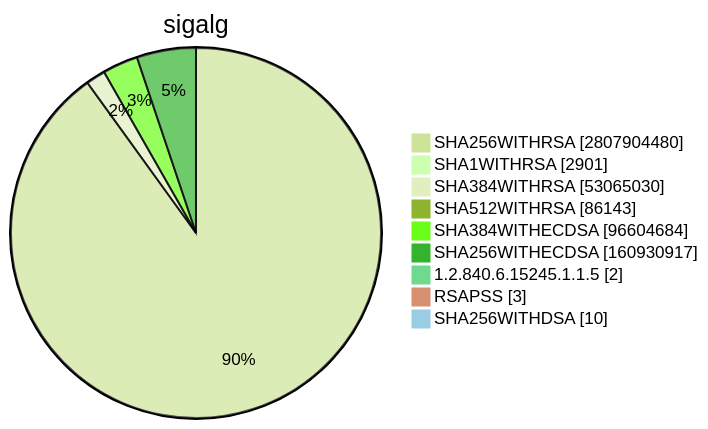
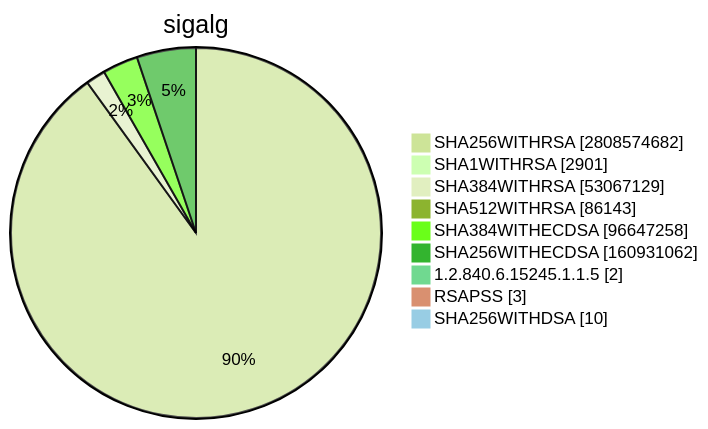
Diagram 15 of 15 in TOTAL/README.md (christiankrug/ctmonitor_visualization), drawn with Mermaid (forest theme) before and after one commit. The commit also changed other lines of this file, not shown here.

````diff
--- a/TOTAL/README.md
+++ b/TOTAL/README.md
@@ -6207,13 +6207,13 @@
 ```mermaid
 pie showData
 title sigalg
-"SHA256WITHRSA" :2807904480
+"SHA256WITHRSA" :2808574682
 "SHA1WITHRSA" :2901
-"SHA384WITHRSA" :53065030
+"SHA384WITHRSA" :53067129
 "SHA512WITHRSA" :86143
-"SHA384WITHECDSA" :96604684
-"SHA256WITHECDSA" :160930917
+"SHA384WITHECDSA" :96647258
+"SHA256WITHECDSA" :160931062
 "1.2.840.6.15245.1.1.5" :2
 "RSAPSS" :3
 "SHA256WITHDSA" :10
 ```
````
